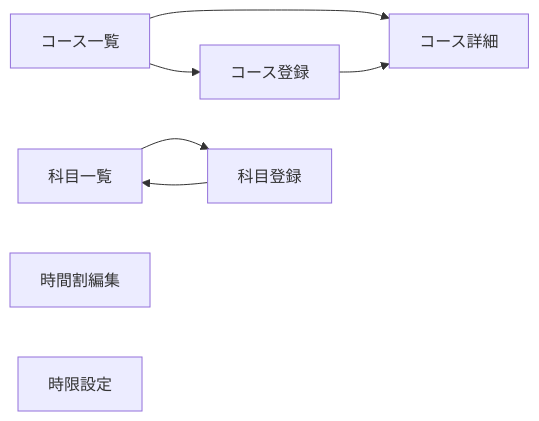
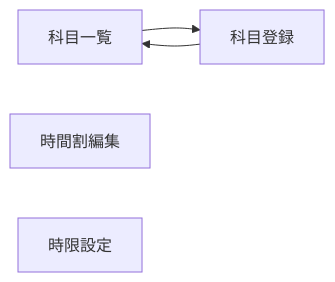
The diagram in docs/02-system-specification/03-curriculum/02-uiux.md (kincapy/joshinan-docs), drawn with Mermaid before and after one commit. The commit also changed other lines of this file and 5 other files, not shown here.

````diff
--- a/docs/02-system-specification/03-curriculum/02-uiux.md
+++ b/docs/02-system-specification/03-curriculum/02-uiux.md
@@ -23,10 +20,7 @@
 ```mermaid
 graph LR
-    A[コース一覧] --> B[コース詳細]
-    A --> C[コース登録]
-    C --> B
     D[科目一覧] --> E[科目登録]
     E --> D
     F[時間割編集]
     G[時限設定]
 ```
````
